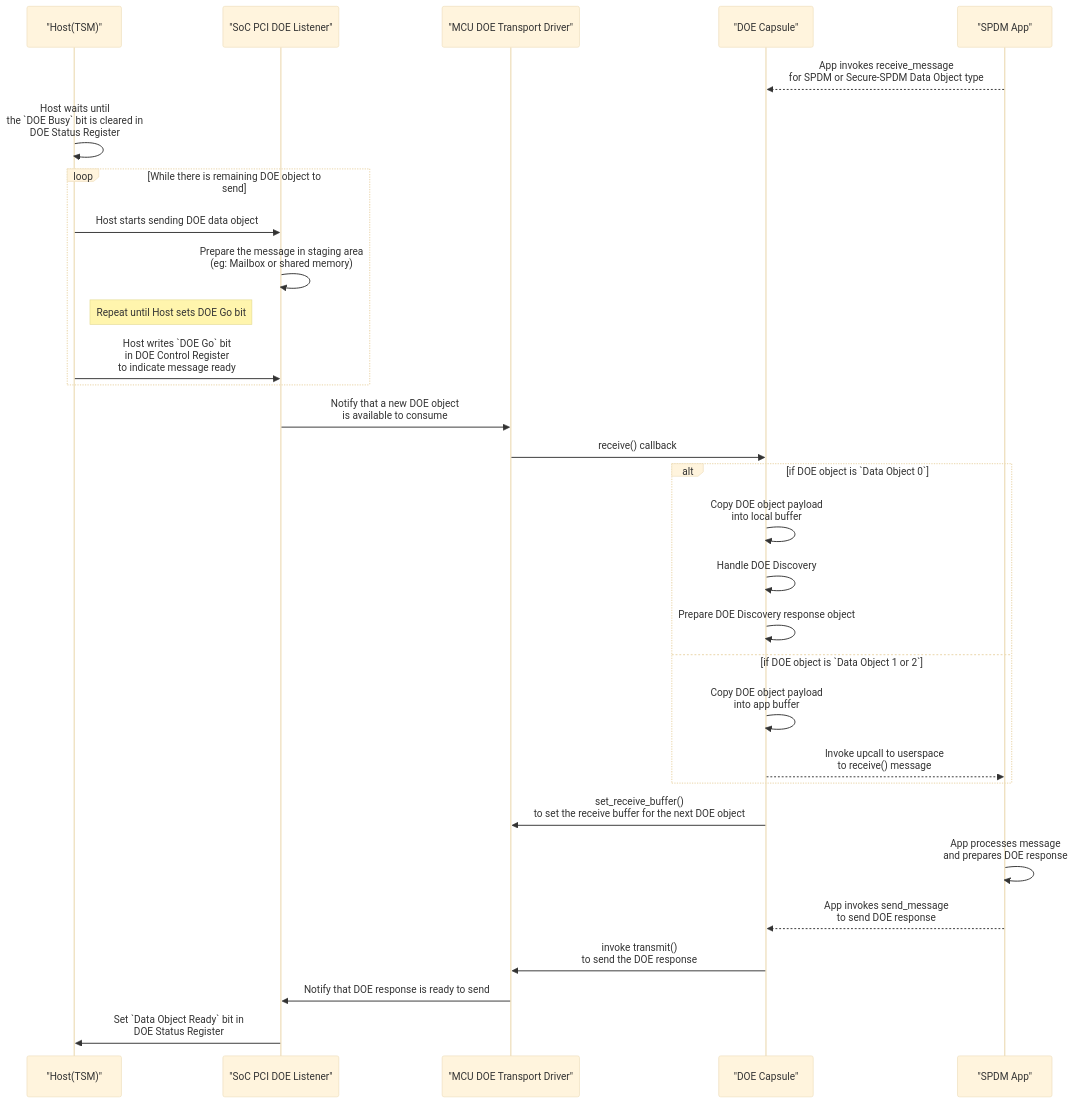
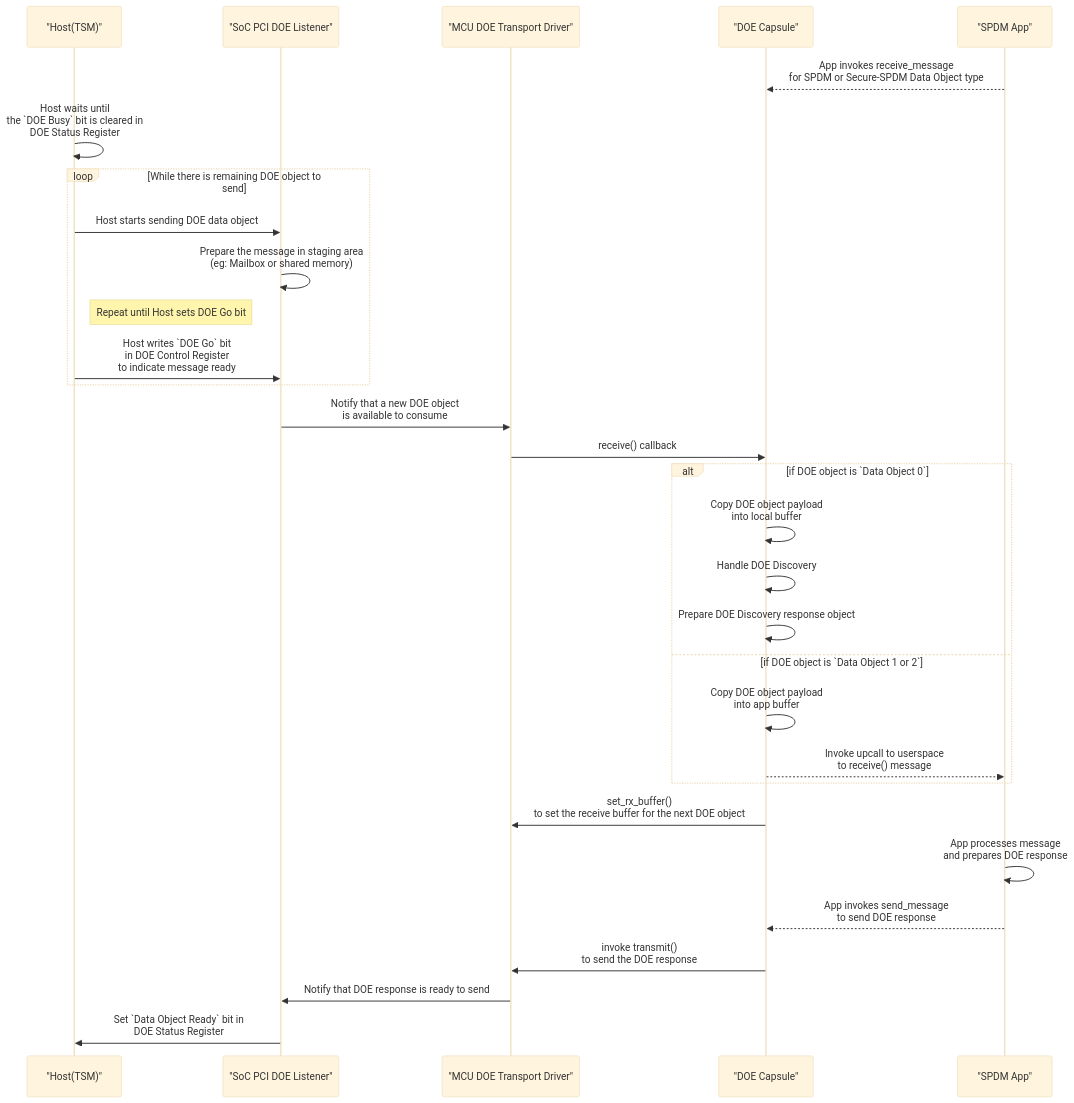
Before and after one commit to chipsalliance/caliptra-mcu-sw: the diagram in docs/src/doe.md, drawn with Mermaid (base theme). The commit also changed other lines of this file and 6 other files, not shown here.

Commit message:
doe transport impl first commit

````diff
--- a/docs/src/doe.md
+++ b/docs/src/doe.md
@@ -13,33 +13,33 @@
 ```mermaid
 sequenceDiagram
     participant Host as "Host(TSM)"
     participant SoC_PCI_DOE_FSM as "SoC PCI DOE Listener"
     participant MCU_DOE_TRANSPORT_DRIVER as "MCU DOE Transport Driver"
     participant DOE_CAPSULE as "DOE Capsule"
     participant SPDM_APP as "SPDM App"
     SPDM_APP -->> DOE_CAPSULE: App invokes receive_message<br> for SPDM or Secure-SPDM Data Object type 
     Host ->> Host: Host waits until<br> the `DOE Busy` bit is cleared in <br>DOE Status Register
     loop While there is remaining DOE object to send
         Host ->> SoC_PCI_DOE_FSM  : Host starts sending DOE data object
         SoC_PCI_DOE_FSM ->> SoC_PCI_DOE_FSM: Prepare the message in staging area <br> (eg: Mailbox or shared memory)
         Note right of Host: Repeat until Host sets DOE Go bit
         Host ->> SoC_PCI_DOE_FSM: Host writes `DOE Go` bit <br>in DOE Control Register<br> to indicate message ready
     end
     SoC_PCI_DOE_FSM ->> MCU_DOE_TRANSPORT_DRIVER: Notify that a new DOE object<br> is available to consume
     MCU_DOE_TRANSPORT_DRIVER ->> DOE_CAPSULE: receive() callback
 
     alt if DOE object is `Data Object 0`
         DOE_CAPSULE ->> DOE_CAPSULE: Copy DOE object payload <br>into local buffer
         DOE_CAPSULE ->> DOE_CAPSULE: Handle DOE Discovery
         DOE_CAPSULE ->> DOE_CAPSULE: Prepare DOE Discovery response object
     else if DOE object is `Data Object 1 or 2`
         DOE_CAPSULE ->> DOE_CAPSULE: Copy DOE object payload <br>into app buffer
         DOE_CAPSULE -->> SPDM_APP: Invoke upcall to userspace<br> to receive() message
     end
-    DOE_CAPSULE ->> MCU_DOE_TRANSPORT_DRIVER: set_receive_buffer()<br> to set the receive buffer for the next DOE object
+    DOE_CAPSULE ->> MCU_DOE_TRANSPORT_DRIVER: set_rx_buffer()<br> to set the receive buffer for the next DOE object
     SPDM_APP ->> SPDM_APP: App processes message <br>and prepares DOE response
     SPDM_APP -->> DOE_CAPSULE: App invokes send_message <br>to send DOE response
     DOE_CAPSULE ->> MCU_DOE_TRANSPORT_DRIVER: invoke transmit()<br> to send the DOE response
     MCU_DOE_TRANSPORT_DRIVER ->> SoC_PCI_DOE_FSM: Notify that DOE response is ready to send
     SoC_PCI_DOE_FSM ->> Host: Set `Data Object Ready` bit in<br> DOE Status Register
 ```
````
